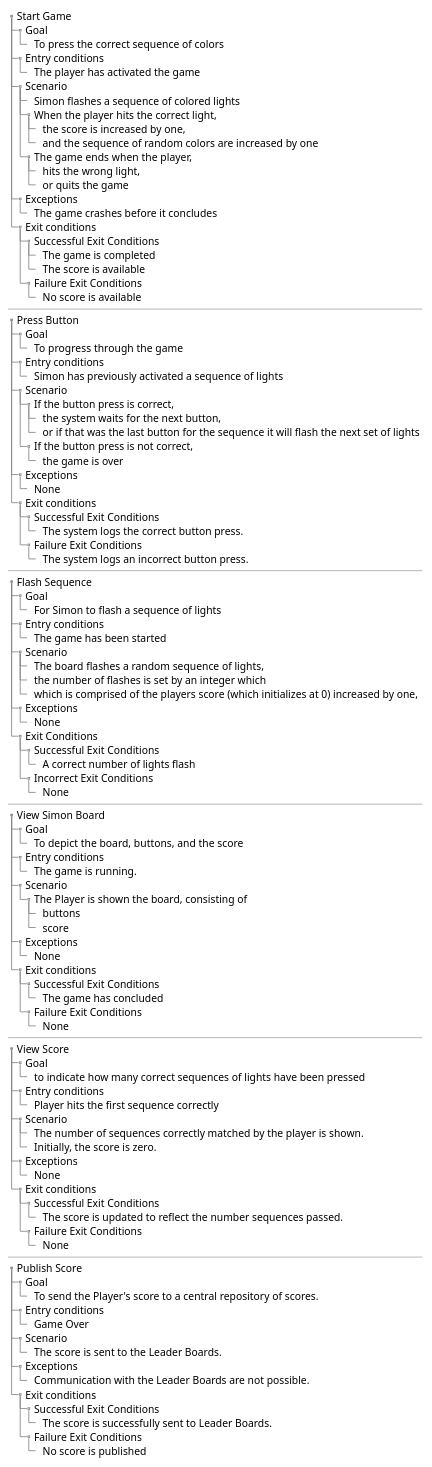
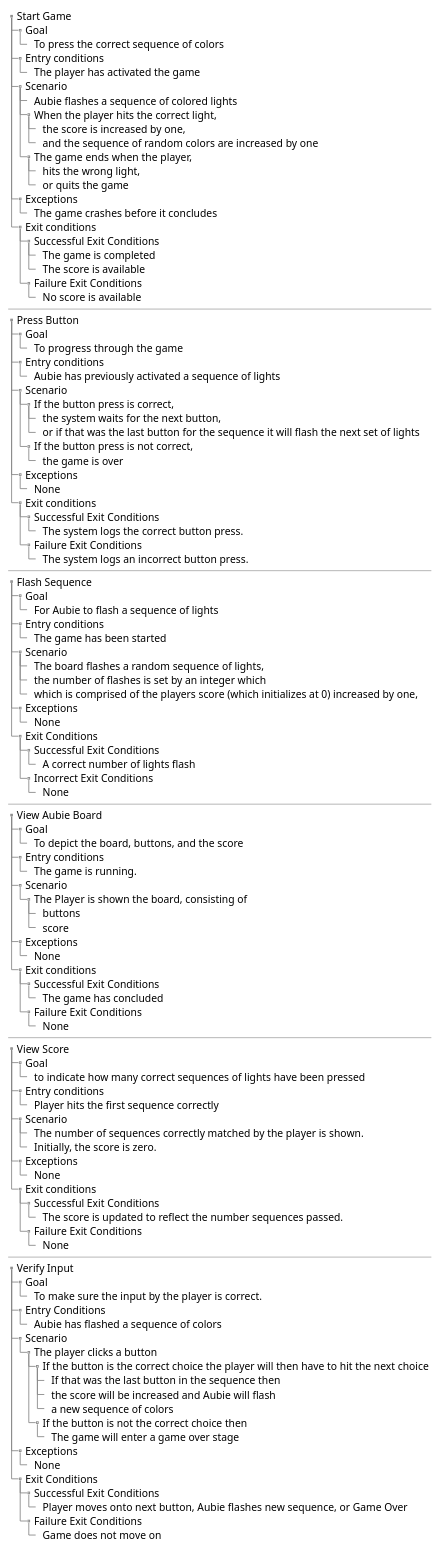
One commit to zedtran/AubieMemoryGame changed the diagram in app/UML/UseCases.puml. Above: the diagram before and after it, drawn with PlantUML. The commit also changed 5 other files, not shown here.

Commit message:
Edited UML diagrams as per Josh's comments

```diff
--- a/app/UML/UseCases.puml
+++ b/app/UML/UseCases.puml
@@ -1,122 +1,145 @@
 @startsalt
 {
 {T
 + Start Game
 ++  Goal
 +++ To press the correct sequence of colors
 ++ Entry conditions
 +++ The player has activated the game
 ++ Scenario
-+++ Simon flashes a sequence of colored lights
++++ Aubie flashes a sequence of colored lights
 +++ When the player hits the correct light,
 ++++ the score is increased by one,
 ++++ and the sequence of random colors are increased by one
 +++ The game ends when the player,
 ++++ hits the wrong light,
 ++++ or quits the game
 ++ Exceptions
 +++ The game crashes before it concludes
 ++ Exit conditions
 +++ Successful Exit Conditions
 ++++ The game is completed
 ++++ The score is available
 +++ Failure Exit Conditions
 ++++ No score is available
 }
 ---
 {T
 + Press Button
 ++  Goal
 +++ To progress through the game
 ++ Entry conditions
-+++ Simon has previously activated a sequence of lights
++++ Aubie has previously activated a sequence of lights
 ++ Scenario
 +++ If the button press is correct,
 ++++ the system waits for the next button,
 ++++ or if that was the last button for the sequence it will flash the next set of lights
 +++ If the button press is not correct,
 ++++ the game is over
 ++ Exceptions
 +++ None
 ++ Exit conditions
 +++ Successful Exit Conditions
 ++++ The system logs the correct button press.
 +++ Failure Exit Conditions
 ++++ The system logs an incorrect button press.
 }
 ---
 {T
 + Flash Sequence
 ++ Goal
-+++ For Simon to flash a sequence of lights
++++ For Aubie to flash a sequence of lights
 ++ Entry conditions
 +++ The game has been started
 ++ Scenario
 +++ The board flashes a random sequence of lights,
 +++ the number of flashes is set by an integer which
 +++ which is comprised of the players score (which initializes at 0) increased by one,
 ++ Exceptions
 +++ None
 ++ Exit Conditions
 +++ Successful Exit Conditions
 ++++ A correct number of lights flash
 +++ Incorrect Exit Conditions
 ++++ None
 }
 ---
 {T
-+ View Simon Board
++ View Aubie Board
 ++  Goal
 +++ To depict the board, buttons, and the score
 ++ Entry conditions
 +++ The game is running.
 ++ Scenario
 +++ The Player is shown the board, consisting of
 ++++ buttons
 ++++ score
 ++ Exceptions
 +++ None
 ++ Exit conditions
 +++ Successful Exit Conditions
 ++++ The game has concluded
 +++ Failure Exit Conditions
 ++++ None
 }
 ---
 {T
 + View Score
 ++  Goal
 +++ to indicate how many correct sequences of lights have been pressed
 ++ Entry conditions
 +++ Player hits the first sequence correctly
 ++ Scenario
 +++ The number of sequences correctly matched by the player is shown.
 +++ Initially, the score is zero.
 ++ Exceptions
 +++ None
 ++ Exit conditions
 +++ Successful Exit Conditions
 ++++ The score is updated to reflect the number sequences passed.
 +++ Failure Exit Conditions
 ++++ None
 }
----
+/'---
 {T
 + Publish Score
 ++  Goal
 +++ To send the Player's score to a central repository of scores.
 ++ Entry conditions
 +++ Game Over
 ++ Scenario
 +++ The score is sent to the Leader Boards.
 ++ Exceptions
 +++ Communication with the Leader Boards are not possible.
 ++ Exit conditions
 +++ Successful Exit Conditions
 ++++ The score is successfully sent to Leader Boards.
 +++ Failure Exit Conditions
 ++++ No score is published
 }
-
+'/
+---
+{T
++ Verify Input
+++ Goal
++++ To make sure the input by the player is correct.
+++ Entry Conditions
++++ Aubie has flashed a sequence of colors
+++ Scenario
++++ The player clicks a button
+++++ If the button is the correct choice the player will then have to hit the next choice
++++++ If that was the last button in the sequence then
++++++ the score will be increased and Aubie will flash
++++++ a new sequence of colors
+++++ If the button is not the correct choice then
++++++ The game will enter a game over stage
+++ Exceptions
++++ None
+++ Exit Conditions
++++ Successful Exit Conditions
+++++ Player moves onto next button, Aubie flashes new sequence, or Game Over
++++ Failure Exit Conditions
+++++ Game does not move on
+}
 }
 @endsalt
```
